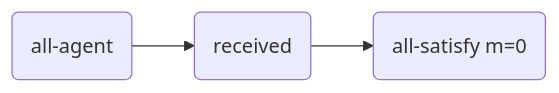
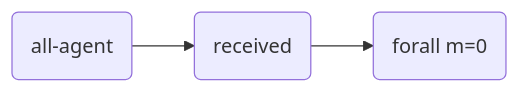
Before and after one commit to julianmendez/tiles: the first of 4 diagrams in docs/ccs_example.md, drawn with Mermaid. The commit also changed other lines of this file and 9 other files, not shown here.

Commit message:
Rename AllSatisfyPTile to ForallTile

````diff
--- a/docs/ccs_example.md
+++ b/docs/ccs_example.md
@@ -97,5 +97,5 @@
 ```mermaid
 graph LR
   all-agent(all-agent) --> received
-  received(received) --> all-satisfy-0(all-satisfy m=0)
+  received(received) --> forall-0(forall m=0)
 ```
````
